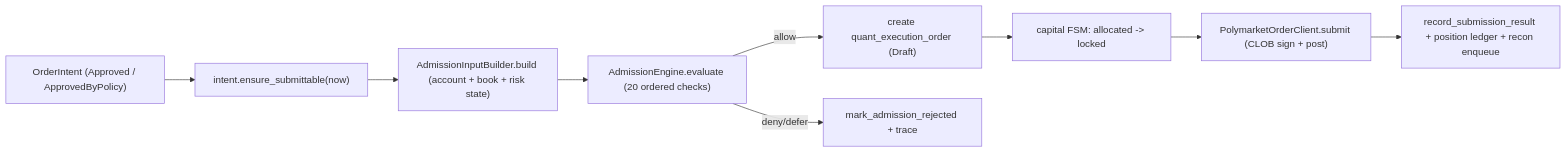
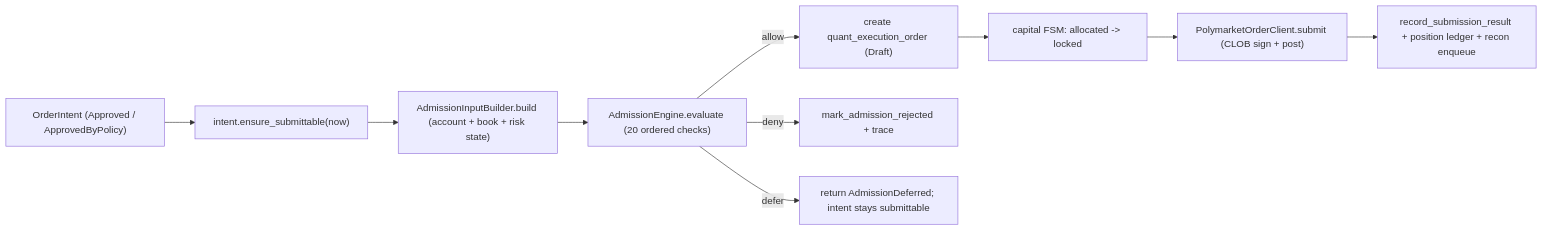
Before and after one commit to solomon-ssy/oxide-arb: the second of 2 diagrams in docs/plans/quant-pivot/phase-05/README.md, drawn with Mermaid. The commit also changed other lines of this file and 30 other files, not shown here.

Commit message:
feat(core,models,repository,error,web)!: 🛡️ land Phase 5.3 execution admission engine — 20-check read-only gate, input builder, decision trace, and approve-flow integration

````diff
--- a/docs/plans/quant-pivot/phase-05/README.md
+++ b/docs/plans/quant-pivot/phase-05/README.md
@@ -89,11 +89,12 @@
 ```mermaid
 flowchart LR
     Intent["OrderIntent (Approved / ApprovedByPolicy)"] --> Lock["intent.ensure_submittable(now)"]
     Lock --> Build["AdmissionInputBuilder.build (account + book + risk state)"]
     Build --> Admit["AdmissionEngine.evaluate (20 ordered checks)"]
     Admit -->|"allow"| Order["create quant_execution_order (Draft)"]
-    Admit -->|"deny/defer"| Rej["mark_admission_rejected + trace"]
+    Admit -->|"deny"| Rej["mark_admission_rejected + trace"]
+    Admit -->|"defer"| Retry["return AdmissionDeferred; intent stays submittable"]
     Order --> Capital["capital FSM: allocated -> locked"]
     Capital --> Submit["PolymarketOrderClient.submit (CLOB sign + post)"]
     Submit --> Record["record_submission_result + position ledger + recon enqueue"]
 ```
````
